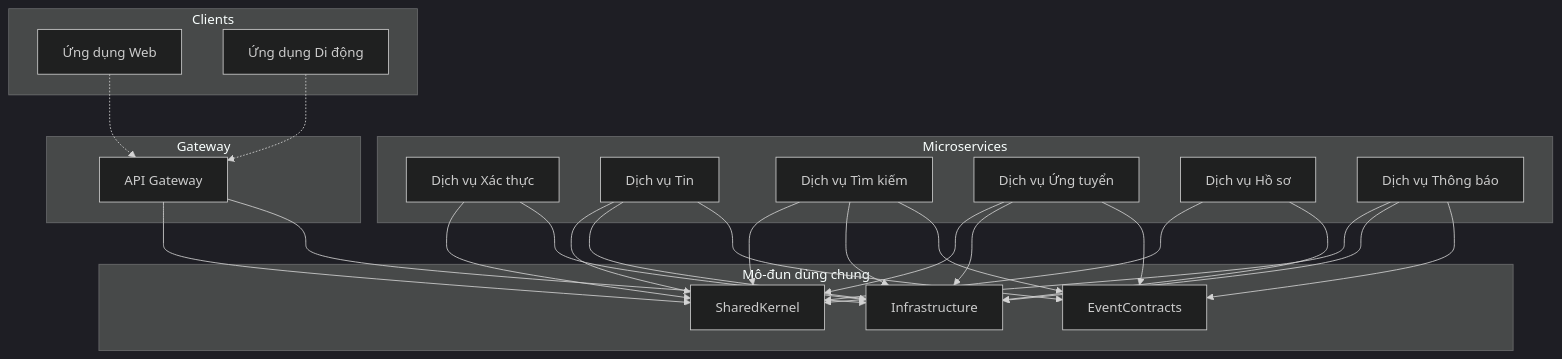
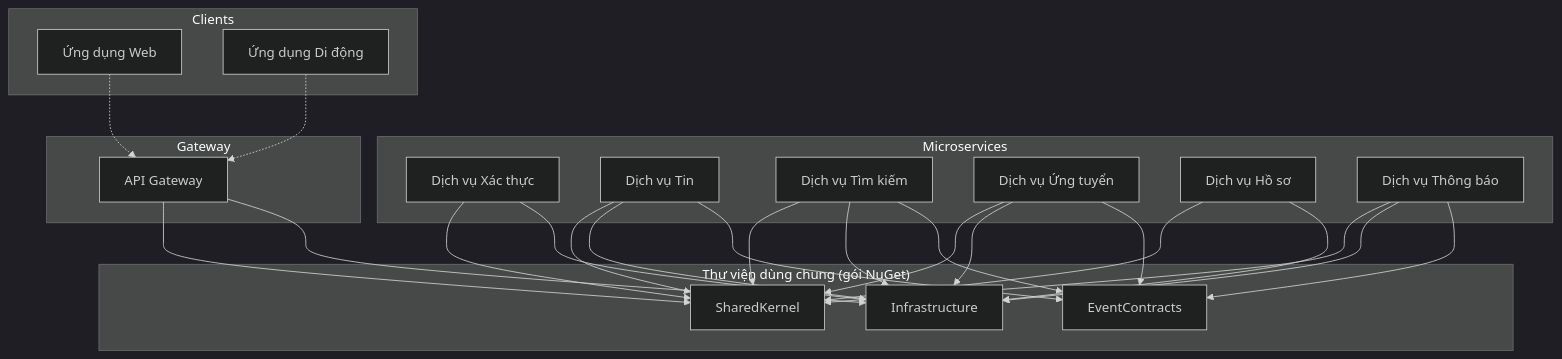
The ninth of 11 diagrams in docs/srs/vi/8-system-architecture.vi.md (dut-pbl6-2026/job-platform-docs), drawn with Mermaid (dark theme) before and after one commit. The commit also changed other lines of this file and 11 other files, not shown here.

````diff
--- a/docs/srs/vi/8-system-architecture.vi.md
+++ b/docs/srs/vi/8-system-architecture.vi.md
@@ -512,54 +469,54 @@
 ```mermaid
 flowchart TB
-    subgraph Shared["Mô-đun dùng chung"]
+    subgraph Shared["Thư viện dùng chung (gói NuGet)"]
         Kernel["SharedKernel"]
         Events["EventContracts"]
         Infra["Infrastructure"]
     end
 
     subgraph Services["Microservices"]
         Auth["Dịch vụ Xác thực"]
         Job["Dịch vụ Tin"]
         Search["Dịch vụ Tìm kiếm"]
         App["Dịch vụ Ứng tuyển"]
         Profile["Dịch vụ Hồ sơ"]
         Notif["Dịch vụ Thông báo"]
     end
 
     subgraph Gateway["Gateway"]
         GW["API Gateway"]
     end
 
     subgraph Client["Clients"]
         Web["Ứng dụng Web"]
         Mobile["Ứng dụng Di động"]
     end
 
     Auth --> Kernel
     Auth --> Infra
 
     Job --> Kernel
     Job --> Infra
     Job --> Events
 
     Search --> Kernel
     Search --> Infra
     Search --> Events
 
     App --> Kernel
     App --> Infra
     App --> Events
 
     Profile --> Kernel
     Profile --> Infra
 
     Notif --> Kernel
     Notif --> Infra
     Notif --> Events
 
     GW --> Kernel
     GW --> Infra
 
     Web -.-> GW
     Mobile -.-> GW
 ```
````
